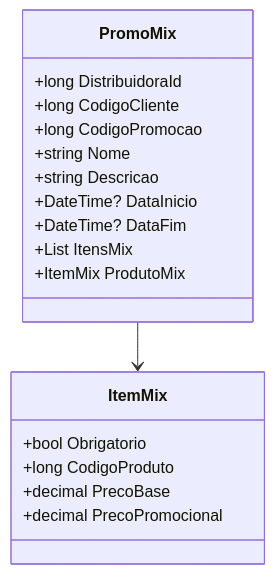
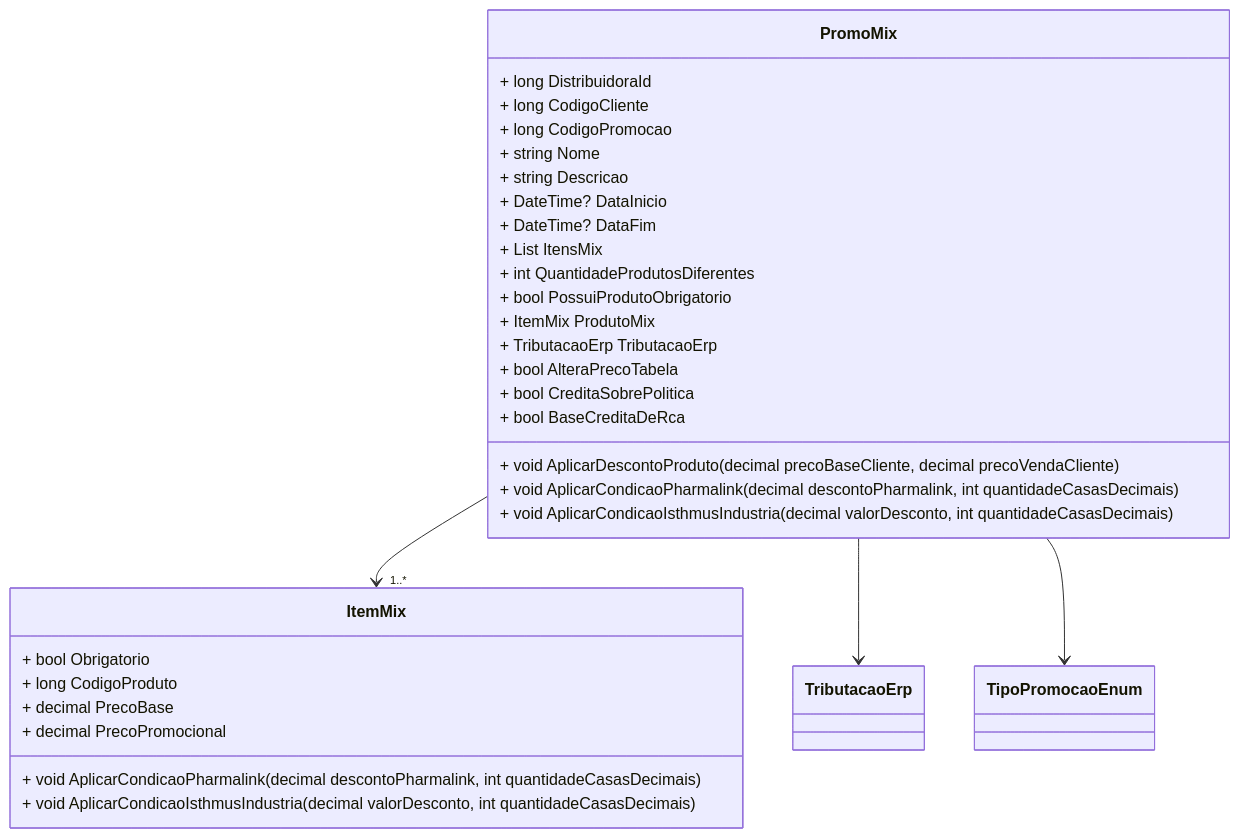
One commit to IsthmusSistemas/documentacao-tecnica changed the diagram in docs/b2b-dominio/IsthmusWinthor.Nucleo/IsthmusWinthor.Dominio/POCO/Precos/PromoMix.md. Above: the diagram before and after it, drawn with Mermaid. The commit also changed other lines of this file and 882 other files, not shown here.

````diff
--- a/docs/b2b-dominio/IsthmusWinthor.Nucleo/IsthmusWinthor.Dominio/POCO/Precos/PromoMix.md
+++ b/docs/b2b-dominio/IsthmusWinthor.Nucleo/IsthmusWinthor.Dominio/POCO/Precos/PromoMix.md
@@ -69,22 +49,37 @@
 ```mermaid
 classDiagram
     class PromoMix {
-        +long DistribuidoraId
-        +long CodigoCliente
-        +long CodigoPromocao
-        +string Nome
-        +string Descricao
-        +DateTime? DataInicio
-        +DateTime? DataFim
-        +List<ItemMix> ItensMix
-        +ItemMix ProdutoMix
+        + long DistribuidoraId
+        + long CodigoCliente
+        + long CodigoPromocao
+        + string Nome
+        + string Descricao
+        + DateTime? DataInicio
+        + DateTime? DataFim
+        + List<ItemMix> ItensMix
+        + int QuantidadeProdutosDiferentes
+        + bool PossuiProdutoObrigatorio
+        + ItemMix ProdutoMix
+        + TributacaoErp TributacaoErp
+        + bool AlteraPrecoTabela
+        + bool CreditaSobrePolitica
+        + bool BaseCreditaDeRca
+        + void AplicarDescontoProduto(decimal precoBaseCliente, decimal precoVendaCliente)
+        + void AplicarCondicaoPharmalink(decimal descontoPharmalink, int quantidadeCasasDecimais)
+        + void AplicarCondicaoIsthmusIndustria(decimal valorDesconto, int quantidadeCasasDecimais)
     }
     class ItemMix {
-        +bool Obrigatorio
-        +long CodigoProduto
-        +decimal PrecoBase
-        +decimal PrecoPromocional
+        + bool Obrigatorio
+        + long CodigoProduto
+        + decimal PrecoBase
+        + decimal PrecoPromocional
+        + void AplicarCondicaoPharmalink(decimal descontoPharmalink, int quantidadeCasasDecimais)
+        + void AplicarCondicaoIsthmusIndustria(decimal valorDesconto, int quantidadeCasasDecimais)
     }
-    
-    PromoMix --> ItemMix
-```
+    class TributacaoErp
+    class TipoPromocaoEnum
+
+    PromoMix --> "1..*" ItemMix
+    PromoMix --> TributacaoErp
+    PromoMix --> TipoPromocaoEnum
+``` 
````
